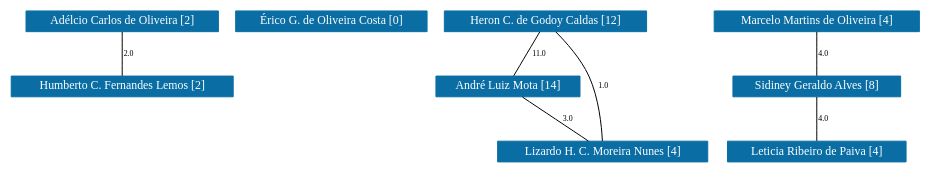
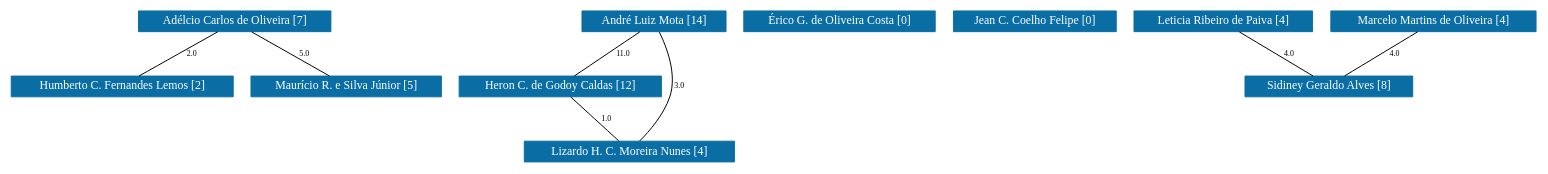
The diagram in PPGF-UFSJ/grafoDeColaboracoesComPesos.dot (icamps/unifal-lattes.github.io), drawn with Graphviz before and after one commit. The commit also changed 593 other files, not shown here.

```diff
--- a/PPGF-UFSJ/grafoDeColaboracoesComPesos.dot
+++ b/PPGF-UFSJ/grafoDeColaboracoesComPesos.dot
@@ -1,98 +1,116 @@
 strict graph grafo2 {
-	graph [bb="0,0,724.5,153",
+	graph [bb="0,0,1290.5,153",
 		id=grafo2,
 		overlap=False
 	];
 	node [fontsize=12,
 		label="\N",
 		shape=rectangle,
 		style=filled
 	];
 	0	 [URL="membro-0487113229071944.html",
 		color="#0A6EA4",
 		fontcolor="#FFFFFF",
 		height=0.29167,
-		label="Adélcio Carlos de Oliveira [2]",
-		pos="92,142.5",
+		label="Adélcio Carlos de Oliveira [7]",
+		pos="187,142.5",
 		width=2.1944];
-	3	 [URL="membro-8374281747074655.html",
+	4	 [URL="membro-8374281747074655.html",
 		color="#0A6EA4",
 		fontcolor="#FFFFFF",
 		height=0.29167,
 		label="Humberto C. Fernandes Lemos [2]",
 		pos="92,76.5",
 		width=2.5556];
-	0 -- 3	 [fontsize=8,
+	0 -- 4	 [fontsize=8,
 		label=2.0,
-		lp="97,109.5",
-		pos="92,131.9 92,119.65 92,99.622 92,87.297"];
-	1	 [URL="membro-4937965723746020.html",
+		lp="151,109.5",
+		pos="171.74,131.9 154.01,119.58 124.94,99.383 107.23,87.078"];
+	10	 [URL="membro-7617696183555654.html",
+		color="#0A6EA4",
+		fontcolor="#FFFFFF",
+		height=0.29167,
+		label="Maurício R. e Silva Júnior [5]",
+		pos="281,76.5",
+		width=2.1944];
+	0 -- 10	 [fontsize=8,
+		label=5.0,
+		lp="245,109.5",
+		pos="202.1,131.9 219.64,119.58 248.41,99.383 265.93,87.078"];
+	1	 [URL="membro-8453016139576761.html",
+		color="#0A6EA4",
+		fontcolor="#FFFFFF",
+		height=0.29167,
+		label="André Luiz Mota [14]",
+		pos="545,142.5",
+		width=1.6944];
+	3	 [URL="membro-1373657423991547.html",
+		color="#0A6EA4",
+		fontcolor="#FFFFFF",
+		height=0.29167,
+		label="Heron C. de Godoy Caldas [12]",
+		pos="462,76.5",
+		width=2.3333];
+	1 -- 3	 [fontsize=8,
+		label=11.0,
+		lp="515.5,109.5",
+		pos="531.66,131.9 516.18,119.58 490.78,99.383 475.3,87.078"];
+	7	 [URL="membro-9320579515635433.html",
+		color="#0A6EA4",
+		fontcolor="#FFFFFF",
+		height=0.29167,
+		label="Lizardo H. C. Moreira Nunes [4]",
+		pos="522,10.5",
+		width=2.4028];
+	1 -- 7	 [fontsize=8,
+		label=3.0,
+		lp="563,76.5",
+		pos="548.98,131.92 554.02,116.99 561.32,88.989 555,66 550.31,48.921 538.84,31.783 530.74,21.164"];
+	3 -- 7	 [fontsize=8,
+		label=1.0,
+		lp="501,43.5",
+		pos="471.64,65.896 482.77,53.653 500.98,33.622 512.18,21.297"];
+	2	 [URL="membro-4937965723746020.html",
 		color="#0A6EA4",
 		fontcolor="#FFFFFF",
 		height=0.29167,
 		label="Érico G. de Oliveira Costa [0]",
-		pos="269,142.5",
+		pos="704,142.5",
 		width=2.2222];
-	2	 [URL="membro-1373657423991547.html",
+	5	 [URL="membro-1513522824340750.html",
 		color="#0A6EA4",
 		fontcolor="#FFFFFF",
 		height=0.29167,
-		label="Heron C. de Godoy Caldas [12]",
-		pos="451,142.5",
-		width=2.3333];
-	6	 [URL="membro-8453016139576761.html",
+		label="Jean C. Coelho Felipe [0]",
+		pos="871,142.5",
+		width=1.9167];
+	6	 [URL="membro-9428416479663144.html",
 		color="#0A6EA4",
 		fontcolor="#FFFFFF",
 		height=0.29167,
-		label="André Luiz Mota [14]",
-		pos="413,76.5",
-		width=1.6944];
-	2 -- 6	 [fontsize=8,
-		label=11.0,
-		lp="440.5,109.5",
-		pos="444.89,131.9 437.85,119.65 426.31,99.622 419.22,87.297"];
-	8	 [URL="membro-9320579515635433.html",
+		label="Leticia Ribeiro de Paiva [4]",
+		pos="1032,142.5",
+		width=2.0417];
+	9	 [URL="membro-4536440727635518.html",
 		color="#0A6EA4",
 		fontcolor="#FFFFFF",
 		height=0.29167,
-		label="Lizardo H. C. Moreira Nunes [4]",
-		pos="459,10.5",
-		width=2.4028];
-	2 -- 8	 [fontsize=8,
-		label=1.0,
-		lp="489,76.5",
-		pos="459.48,131.79 467.33,121.14 478.46,103.98 483,87 489.33,63.335 475.61,36.051 466.42,21.31"];
-	6 -- 8	 [fontsize=8,
-		label=3.0,
-		lp="443,43.5",
-		pos="420.39,65.896 428.92,53.653 442.88,33.622 451.47,21.297"];
-	4	 [URL="membro-2091568617999217.html",
+		label="Sidiney Geraldo Alves [8]",
+		pos="1120,76.5",
+		width=1.9444];
+	6 -- 9	 [fontsize=8,
+		label=4.0,
+		lp="1087,109.5",
+		pos="1046.1,131.9 1062.6,119.58 1089.5,99.383 1105.9,87.078"];
+	8	 [URL="membro-2091568617999217.html",
 		color="#0A6EA4",
 		fontcolor="#FFFFFF",
 		height=0.29167,
 		label="Marcelo Martins de Oliveira [4]",
-		pos="641,142.5",
+		pos="1207,142.5",
 		width=2.3194];
-	5	 [URL="membro-4536440727635518.html",
-		color="#0A6EA4",
-		fontcolor="#FFFFFF",
-		height=0.29167,
-		label="Sidiney Geraldo Alves [8]",
-		pos="641,76.5",
-		width=1.9444];
-	4 -- 5	 [fontsize=8,
+	8 -- 9	 [fontsize=8,
 		label=4.0,
-		lp="646,109.5",
-		pos="641,131.9 641,119.65 641,99.622 641,87.297"];
-	7	 [URL="membro-9428416479663144.html",
-		color="#0A6EA4",
-		fontcolor="#FFFFFF",
-		height=0.29167,
-		label="Leticia Ribeiro de Paiva [4]",
-		pos="641,10.5",
-		width=2.0417];
-	5 -- 7	 [fontsize=8,
-		label=4.0,
-		lp="646,43.5",
-		pos="641,65.896 641,53.653 641,33.622 641,21.297"];
+		lp="1174,109.5",
+		pos="1193,131.9 1176.8,119.58 1150.2,99.383 1133.9,87.078"];
 }
```
